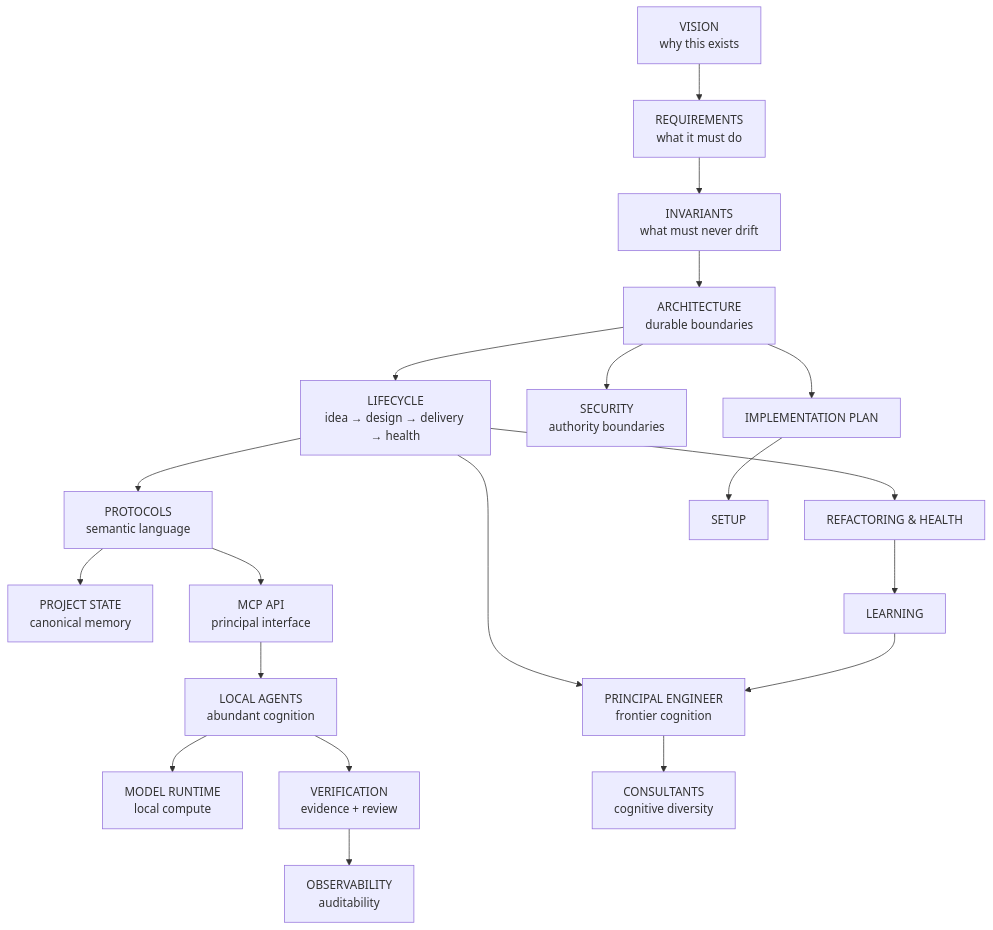
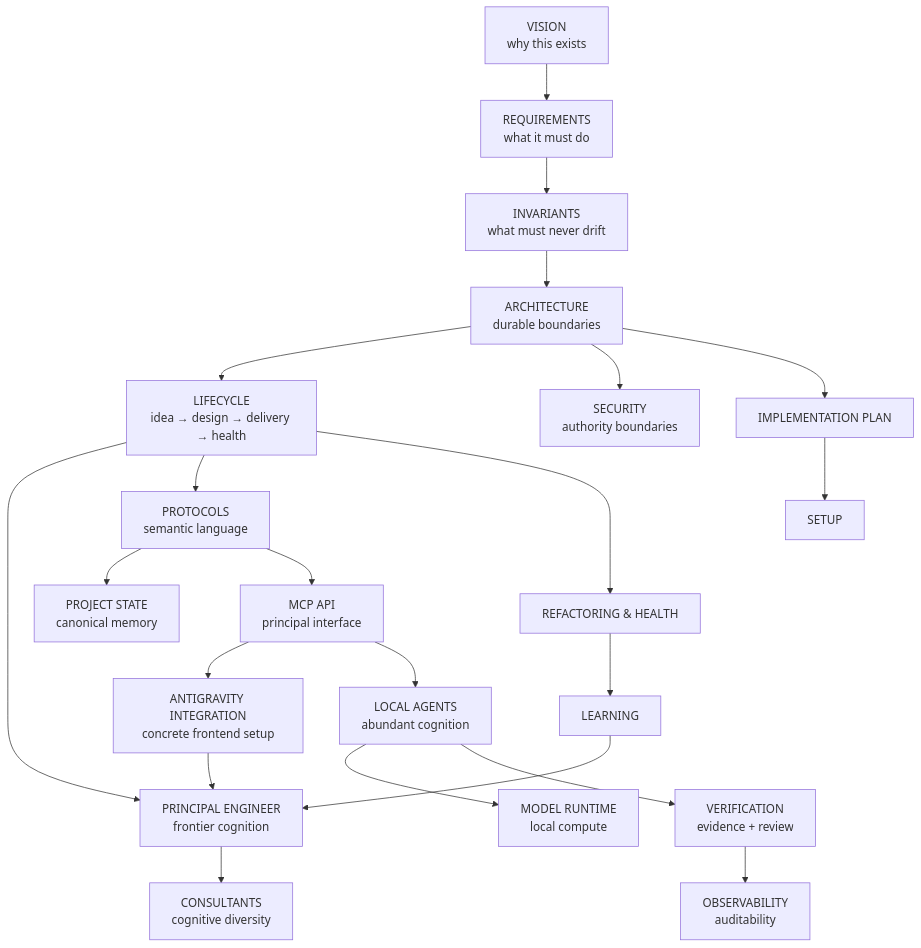
The diagram in docs/README.md (olostan/DevCadence), drawn with Mermaid before and after one commit. The commit also changed other lines of this file, not shown here.

Commit message:
docs: add Antigravity integration to documentation map

````diff
--- a/docs/README.md
+++ b/docs/README.md
@@ -5,42 +5,45 @@
 ```mermaid
 flowchart TB
     Vision["VISION<br/>why this exists"]
     Req["REQUIREMENTS<br/>what it must do"]
     Inv["INVARIANTS<br/>what must never drift"]
     Arch["ARCHITECTURE<br/>durable boundaries"]
     Life["LIFECYCLE<br/>idea → design → delivery → health"]
     Principal["PRINCIPAL ENGINEER<br/>frontier cognition"]
     Protocol["PROTOCOLS<br/>semantic language"]
     State["PROJECT STATE<br/>canonical memory"]
     Local["LOCAL AGENTS<br/>abundant cognition"]
     MCP["MCP API<br/>principal interface"]
+    AG["ANTIGRAVITY INTEGRATION<br/>concrete frontend setup"]
     Runtime["MODEL RUNTIME<br/>local compute"]
     Verify["VERIFICATION<br/>evidence + review"]
     Consult["CONSULTANTS<br/>cognitive diversity"]
     Security["SECURITY<br/>authority boundaries"]
     Observe["OBSERVABILITY<br/>auditability"]
     Health["REFACTORING & HEALTH"]
     Learn["LEARNING"]
     Plan["IMPLEMENTATION PLAN"]
     Setup["SETUP"]
 
     Vision --> Req
     Req --> Inv
     Inv --> Arch
     Arch --> Life
     Life --> Principal
     Life --> Protocol
     Protocol --> State
     Protocol --> MCP
+    MCP --> AG
+    AG --> Principal
     MCP --> Local
     Local --> Runtime
     Local --> Verify
     Principal --> Consult
     Arch --> Security
     Verify --> Observe
     Life --> Health
     Health --> Learn
     Learn --> Principal
     Arch --> Plan
     Plan --> Setup
 ```
````
